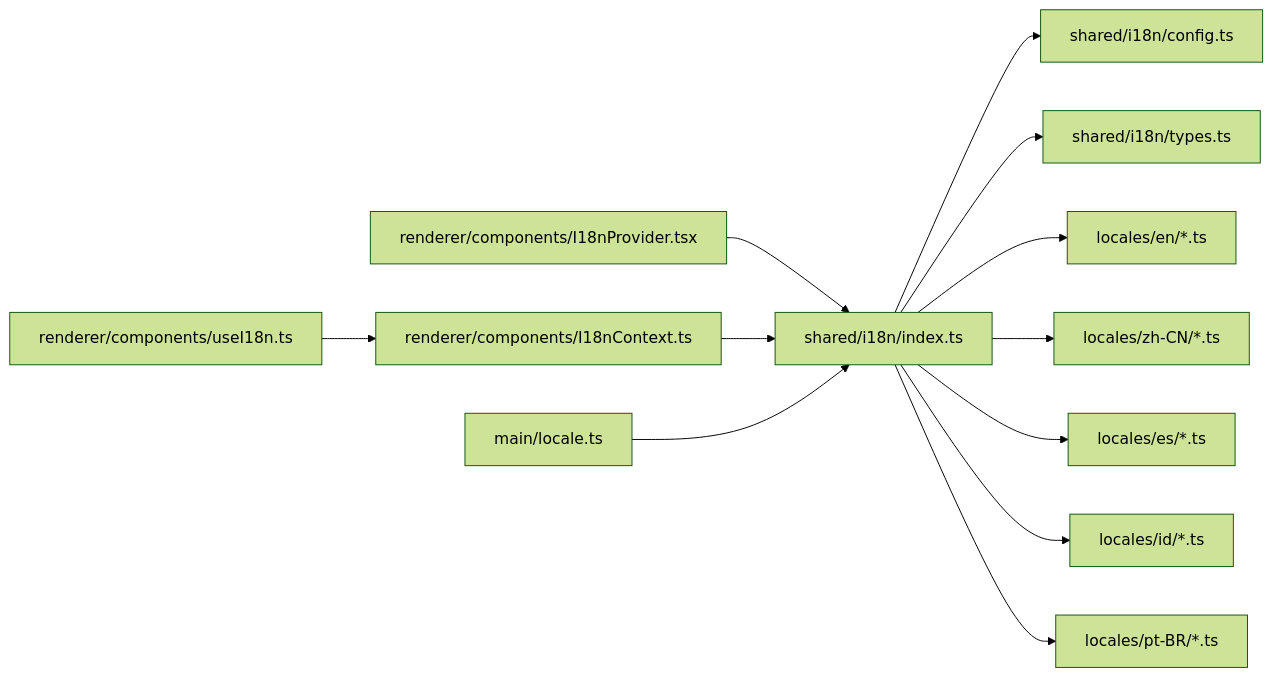
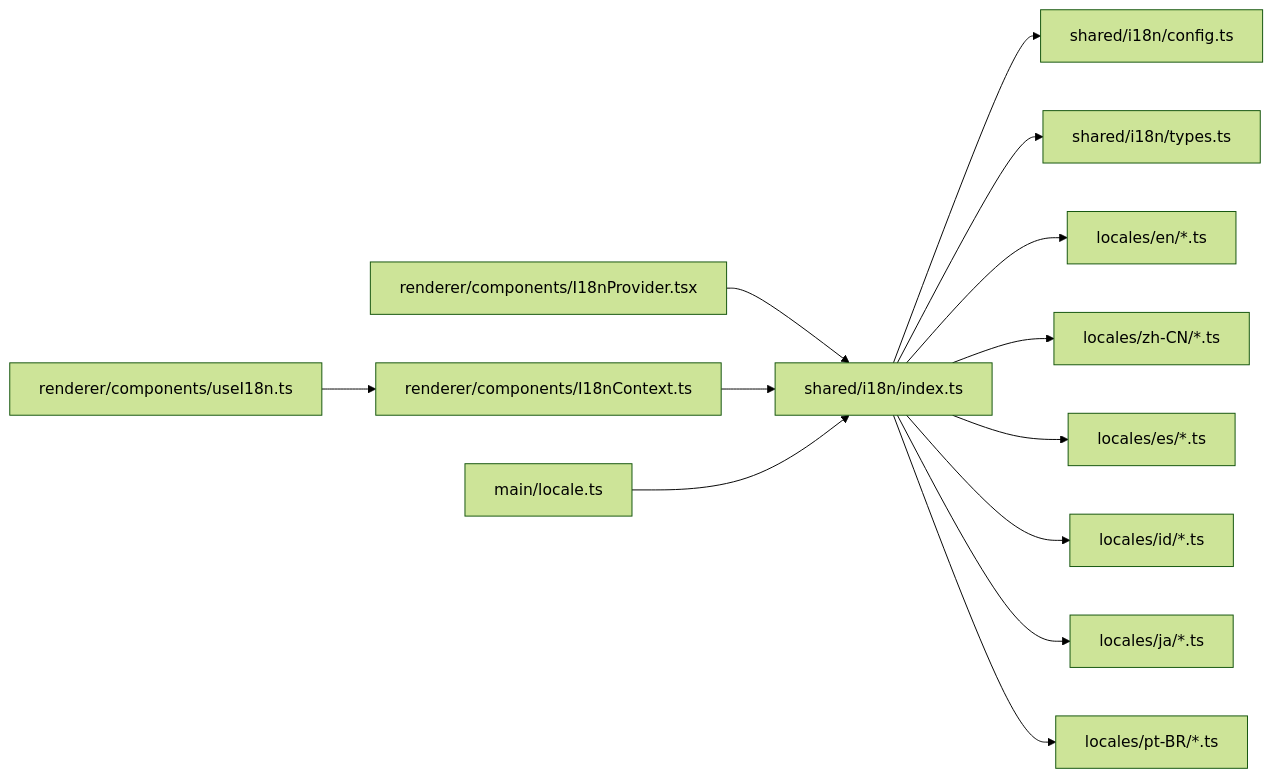
One commit to HDbright/hermes-desktop changed the fifth of 5 diagrams in .qoder/repowiki/zh/content/用户界面设计/国际化.md. Above: the diagram before and after it, drawn with Mermaid (forest theme). The commit also changed other lines of this file and 15 other files, not shown here.

````diff
--- a/.qoder/repowiki/zh/content/用户界面设计/国际化.md
+++ b/.qoder/repowiki/zh/content/用户界面设计/国际化.md
@@ -256,14 +284,15 @@
 ```mermaid
 graph LR
 SHARED["shared/i18n/index.ts"] --> CONFIG["shared/i18n/config.ts"]
 SHARED --> TYPES["shared/i18n/types.ts"]
 SHARED --> LOCALES_EN["locales/en/*.ts"]
 SHARED --> LOCALES_ZH["locales/zh-CN/*.ts"]
 SHARED --> LOCALES_ES["locales/es/*.ts"]
 SHARED --> LOCALES_ID["locales/id/*.ts"]
+SHARED --> LOCALES_JA["locales/ja/*.ts"]
 SHARED --> LOCALES_PT["locales/pt-BR/*.ts"]
 RENDER_PROVIDER["renderer/components/I18nProvider.tsx"] --> SHARED
 RENDER_HOOK["renderer/components/useI18n.ts"] --> RENDER_CONTEXT["renderer/components/I18nContext.ts"]
 RENDER_CONTEXT --> SHARED
 MAIN_LOCALE["main/locale.ts"] --> SHARED
 ```
````
